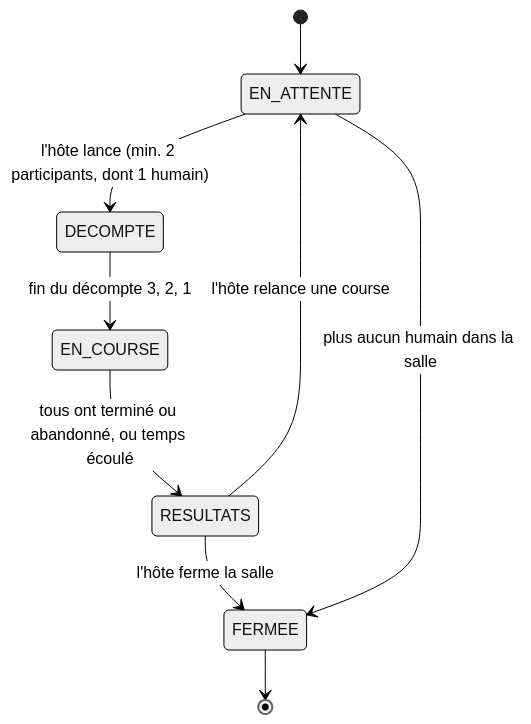
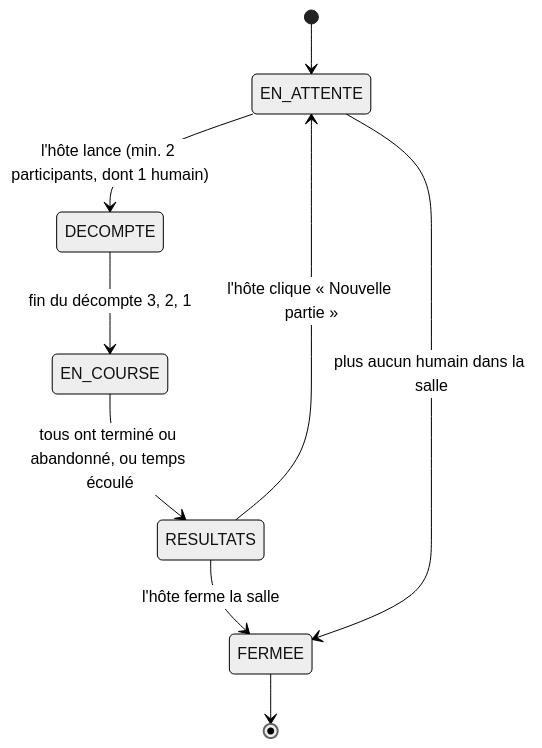
One commit to Onyyx256/typeracer changed the second of 2 diagrams in docs/ARCHITECTURE.md. Above: the diagram before and after it, drawn with Mermaid (neutral theme). The commit also changed 1 other file, not shown here.

Commit message:
docs: the results go back to the waiting room before the next race
EXIGENCES and the state diagram now say that "Nouvelle partie" brings
the room from the results to the waiting room, and that a race starts
from the waiting room only. COURSE-01 and COURSE-11 stay partial:
closing the room from the results is still missing.

````diff
--- a/docs/ARCHITECTURE.md
+++ b/docs/ARCHITECTURE.md
@@ -121,11 +121,11 @@
 ```mermaid
 stateDiagram-v2
     [*] --> EN_ATTENTE
     EN_ATTENTE --> DECOMPTE : l'hôte lance (min. 2 participants, dont 1 humain)
     DECOMPTE --> EN_COURSE : fin du décompte 3, 2, 1
     EN_COURSE --> RESULTATS : tous ont terminé ou abandonné, ou temps écoulé
-    RESULTATS --> EN_ATTENTE : l'hôte relance une course
+    RESULTATS --> EN_ATTENTE : l'hôte clique « Nouvelle partie »
     RESULTATS --> FERMEE : l'hôte ferme la salle
     EN_ATTENTE --> FERMEE : plus aucun humain dans la salle
     FERMEE --> [*]
 ```
````
